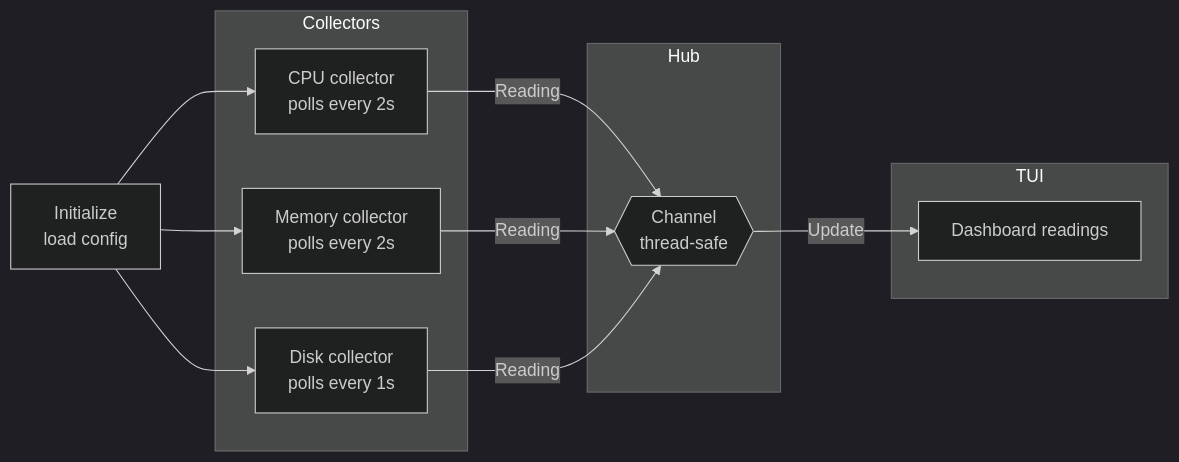
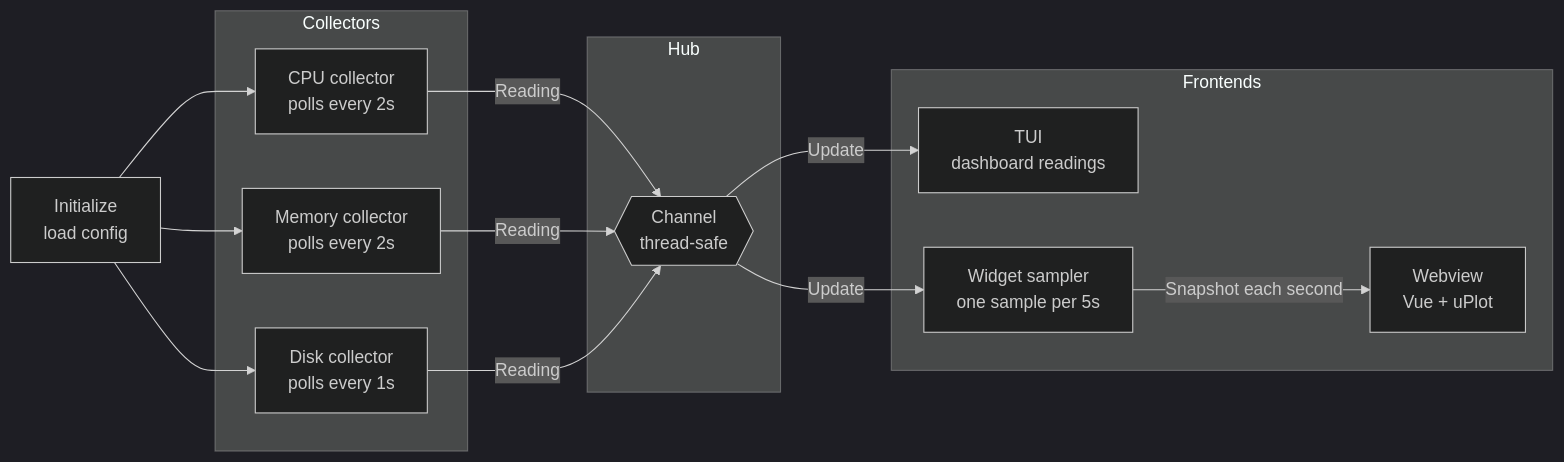
One commit to marksxiety/pulse-agent changed the diagram in README.md. Above: the diagram before and after it, drawn with Mermaid (dark theme). The commit also changed other lines of this file, not shown here.

First line of the commit message:
DOCS: document the desktop widget in the root README

````diff
--- a/README.md
+++ b/README.md
@@ -52,28 +84,32 @@
 ```mermaid
 graph LR
     INIT["Initialize<br>load config"]
 
     subgraph Collectors["Collectors"]
         CPU["CPU collector<br>polls every 2s"]
         MEM["Memory collector<br>polls every 2s"]
         DSK["Disk collector<br>polls every 1s"]
     end
 
     subgraph Hub["Hub"]
         CH{{"Channel<br>thread-safe"}}
     end
 
-    subgraph TUI["TUI"]
-        RD["Dashboard readings"]
+    subgraph Frontends["Frontends"]
+        RD["TUI<br>dashboard readings"]
+        SM["Widget sampler<br>one sample per 5s"]
+        WV["Webview<br>Vue + uPlot"]
     end
 
     INIT --> CPU
     INIT --> MEM
     INIT --> DSK
 
     CPU -- Reading --> CH
     MEM -- Reading --> CH
     DSK -- Reading --> CH
 
     CH -- Update --> RD
+    CH -- Update --> SM
+    SM -- Snapshot each second --> WV
 ```
````
